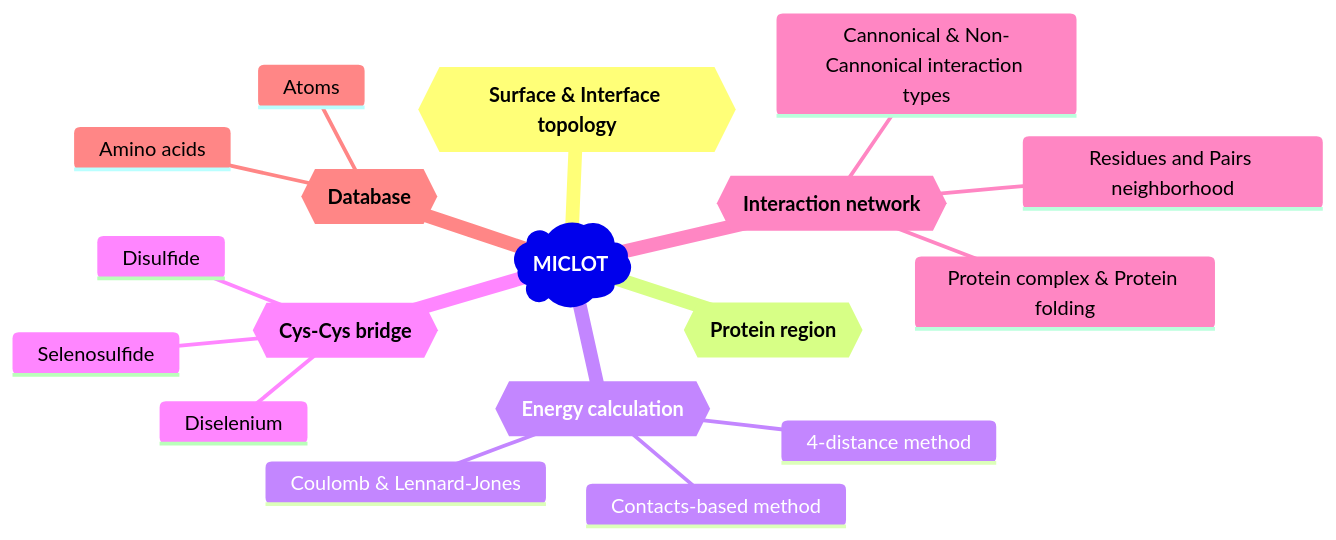
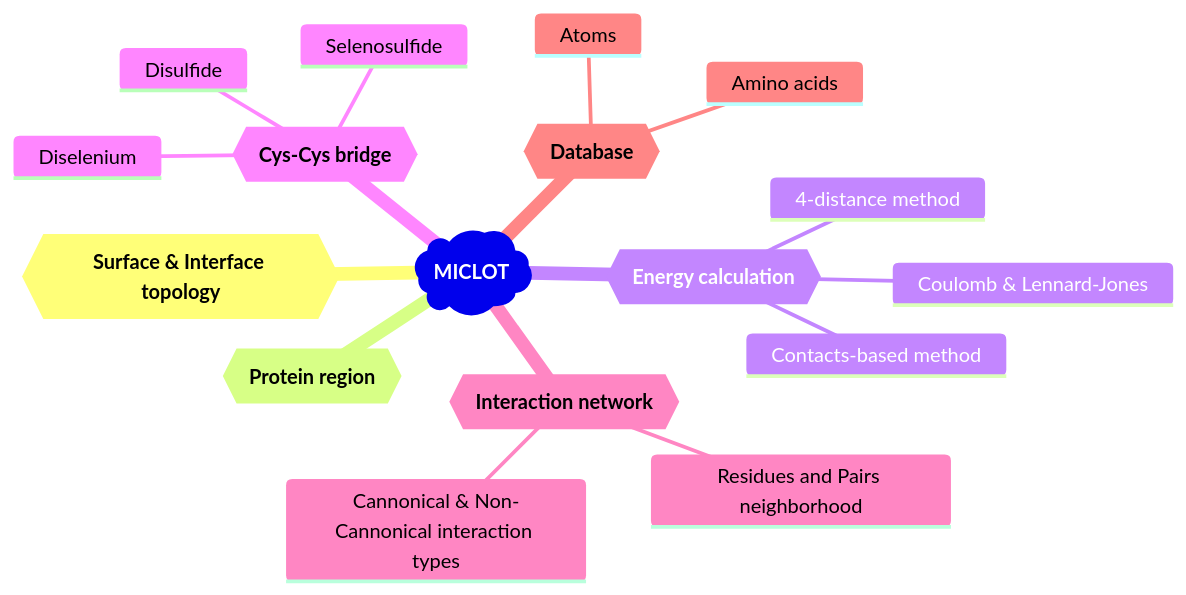
Before and after one commit to TMiclot/MICLOT: the diagram in README.md, drawn with Mermaid. The commit also changed 2 other files, not shown here.

````diff
--- a/README.md
+++ b/README.md
@@ -22,21 +22,20 @@
 ```mermaid
 mindmap
     root)**MICLOT**(
         id{{**Surface & Interface topology**}}
         id{{**Protein region**}}
         id{{**Energy calculation**}}
             Contacts-based method
             4-distance method
             Coulomb & Lennard-Jones
         id{{**Cys-Cys bridge**}}
             Disulfide
             Diselenium
             Selenosulfide
         id{{**Interaction network**}}
-            Protein complex & Protein folding
             Cannonical & Non-Cannonical interaction types
             Residues and Pairs neighborhood
         id{{**Database**}}
             Amino acids
             Atoms
 ```
````
